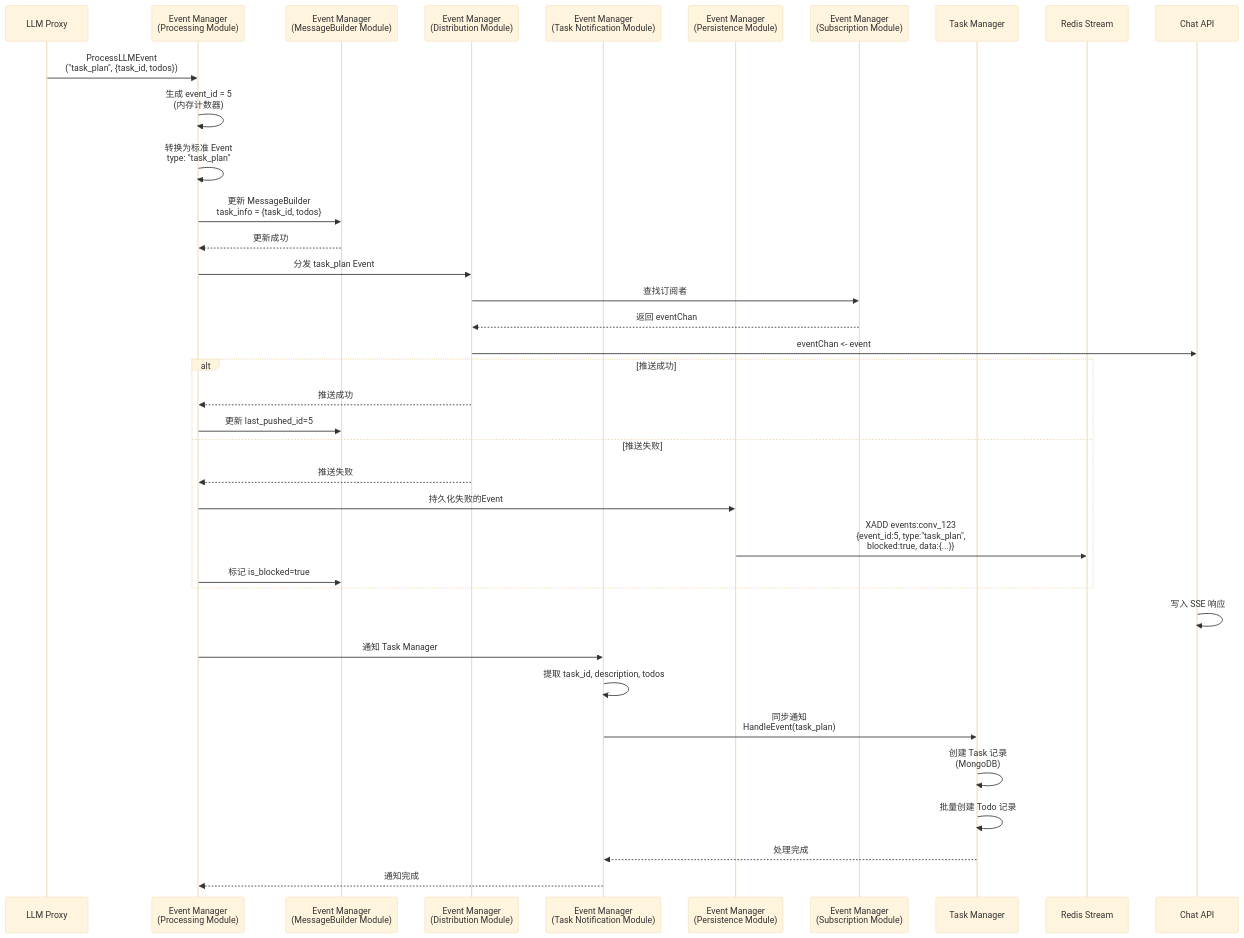
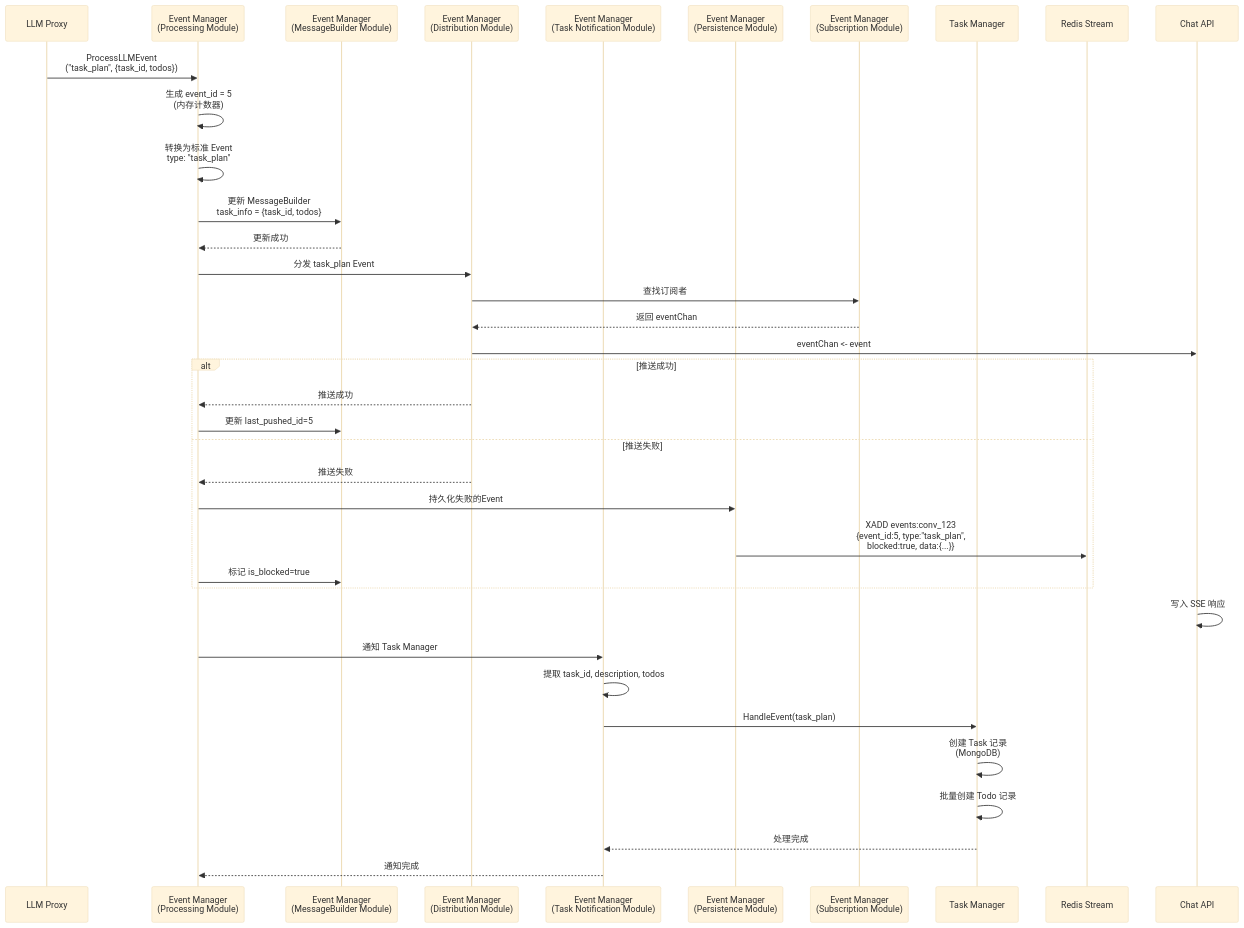
The diagram in all/未命名-10.md (yingjianzh/iodraw-files), drawn with Mermaid (base theme) before and after one commit.

Commit message:
2025-12-24 11:17:57 update

````diff
--- a/all/未命名-10.md
+++ b/all/未命名-10.md
@@ -1,49 +1,49 @@
 ```mermaid
 sequenceDiagram
     participant LLMProxy as LLM Proxy
     participant ProcMod as Event Manager<br/>(Processing Module)
     participant BuilderMod as Event Manager<br/>(MessageBuilder Module)
     participant DistribMod as Event Manager<br/>(Distribution Module)
     participant TaskNotifMod as Event Manager<br/>(Task Notification Module)
     participant PersistMod as Event Manager<br/>(Persistence Module)
     participant SubMod as Event Manager<br/>(Subscription Module)
     participant TaskMgr as Task Manager
     participant Redis as Redis Stream
     participant ChatAPI as Chat API
 
     LLMProxy->>ProcMod: ProcessLLMEvent<br/>("task_plan", {task_id, todos})
 
     ProcMod->>ProcMod: 生成 event_id = 5<br/>(内存计数器)
     
     ProcMod->>ProcMod: 转换为标准 Event<br/>type: "task_plan"
     
     ProcMod->>BuilderMod: 更新 MessageBuilder<br/>task_info = {task_id, todos}
     BuilderMod-->>ProcMod: 更新成功
     
     ProcMod->>DistribMod: 分发 task_plan Event
     DistribMod->>SubMod: 查找订阅者
     SubMod-->>DistribMod: 返回 eventChan
     DistribMod->>ChatAPI: eventChan <- event
     
     alt 推送成功
         DistribMod-->>ProcMod: 推送成功
         ProcMod->>BuilderMod: 更新 last_pushed_id=5
     else 推送失败
         DistribMod-->>ProcMod: 推送失败
         ProcMod->>PersistMod: 持久化失败的Event
         PersistMod->>Redis: XADD events:conv_123<br/>{event_id:5, type:"task_plan",<br/>blocked:true, data:{...}}
         ProcMod->>BuilderMod: 标记 is_blocked=true
     end
     
     ChatAPI->>ChatAPI: 写入 SSE 响应
     
     ProcMod->>TaskNotifMod:  通知 Task Manager
     TaskNotifMod->>TaskNotifMod: 提取 task_id, description, todos
         
-    TaskNotifMod->>TaskMgr: 同步通知<br/>HandleEvent(task_plan)
+    TaskNotifMod->>TaskMgr: HandleEvent(task_plan)
     TaskMgr->>TaskMgr: 创建 Task 记录<br/>(MongoDB)
     TaskMgr->>TaskMgr: 批量创建 Todo 记录
     TaskMgr-->>TaskNotifMod: 处理完成
     
     TaskNotifMod-->>ProcMod: 通知完成
 ```
````
